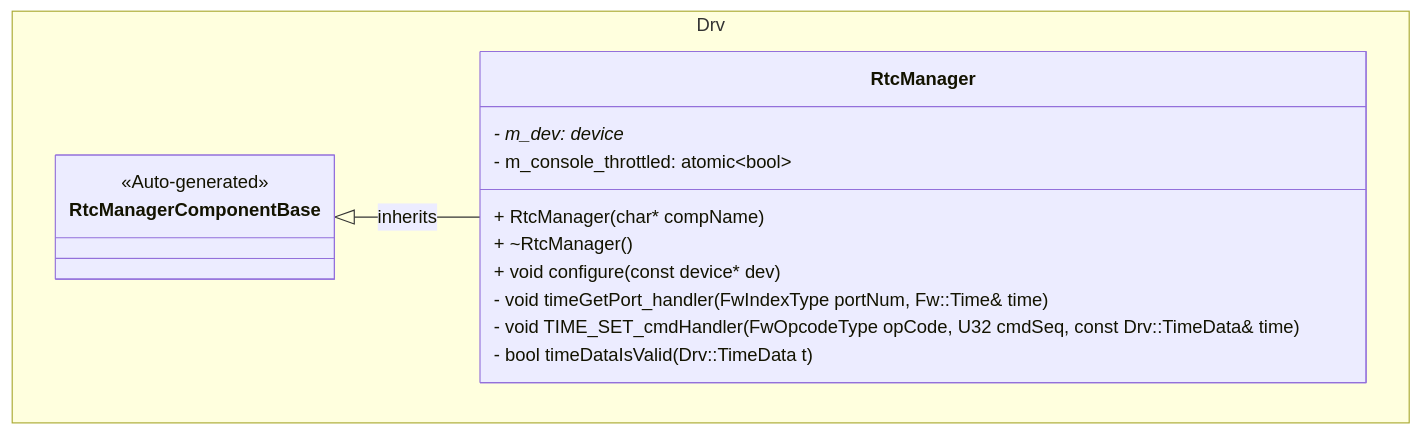
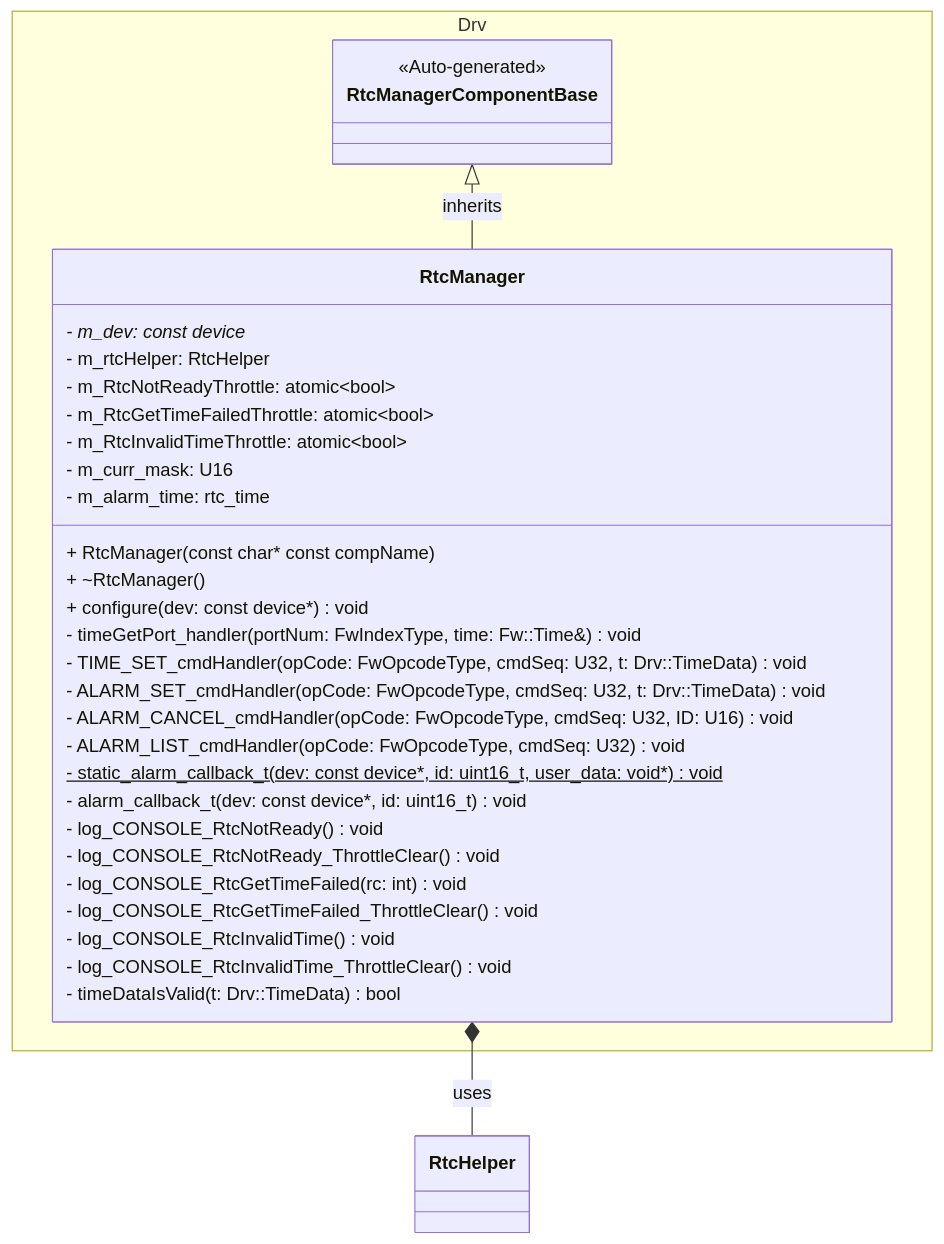
The first of 14 diagrams in PROVESFlightControllerReference/Components/Drv/RtcManager/docs/sdd.md (Open-Source-Space-Foundation/proves-core-reference), drawn with Mermaid before and after one commit. The commit also changed other lines of this file and 5 other files, not shown here.

````diff
--- a/PROVESFlightControllerReference/Components/Drv/RtcManager/docs/sdd.md
+++ b/PROVESFlightControllerReference/Components/Drv/RtcManager/docs/sdd.md
@@ -129,20 +139,40 @@
 ```mermaid
 classDiagram
     namespace Drv {
         class RtcManagerComponentBase {
             <<Auto-generated>>
         }
         class RtcManager {
-            - m_dev: device*
-            - m_console_throttled: atomic~bool~
+            - m_dev: const device*
+            - m_rtcHelper: RtcHelper
+            - m_RtcNotReadyThrottle: atomic~bool~
+            - m_RtcGetTimeFailedThrottle: atomic~bool~
+            - m_RtcInvalidTimeThrottle: atomic~bool~
+            - m_curr_mask: U16
+            - m_alarm_time: rtc_time
 
-            + RtcManager(char* compName)
+            + RtcManager(const char* const compName)
             + ~RtcManager()
-            + void configure(const device* dev)
-            - void timeGetPort_handler(FwIndexType portNum, Fw::Time& time)
-            - void TIME_SET_cmdHandler(FwOpcodeType opCode, U32 cmdSeq, const Drv::TimeData& time)
-            - bool timeDataIsValid(Drv::TimeData t)
+            + configure(dev: const device*) void
+
+            - timeGetPort_handler(portNum: FwIndexType, time: Fw::Time&) void
+
+            - TIME_SET_cmdHandler(opCode: FwOpcodeType, cmdSeq: U32, t: Drv::TimeData) void
+            - ALARM_SET_cmdHandler(opCode: FwOpcodeType, cmdSeq: U32, t: Drv::TimeData) void
+            - ALARM_CANCEL_cmdHandler(opCode: FwOpcodeType, cmdSeq: U32, ID: U16) void
+            - ALARM_LIST_cmdHandler(opCode: FwOpcodeType, cmdSeq: U32) void
+
+            - static_alarm_callback_t(dev: const device*, id: uint16_t, user_data: void*) void$
+            - alarm_callback_t(dev: const device*, id: uint16_t) void
+            - log_CONSOLE_RtcNotReady() void
+            - log_CONSOLE_RtcNotReady_ThrottleClear() void
+            - log_CONSOLE_RtcGetTimeFailed(rc: int) void
+            - log_CONSOLE_RtcGetTimeFailed_ThrottleClear() void
+            - log_CONSOLE_RtcInvalidTime() void
+            - log_CONSOLE_RtcInvalidTime_ThrottleClear() void
+            - timeDataIsValid(t: Drv::TimeData) bool
         }
     }
     RtcManagerComponentBase <|-- RtcManager : inherits
+    RtcManager *-- RtcHelper : uses
 ```
````
